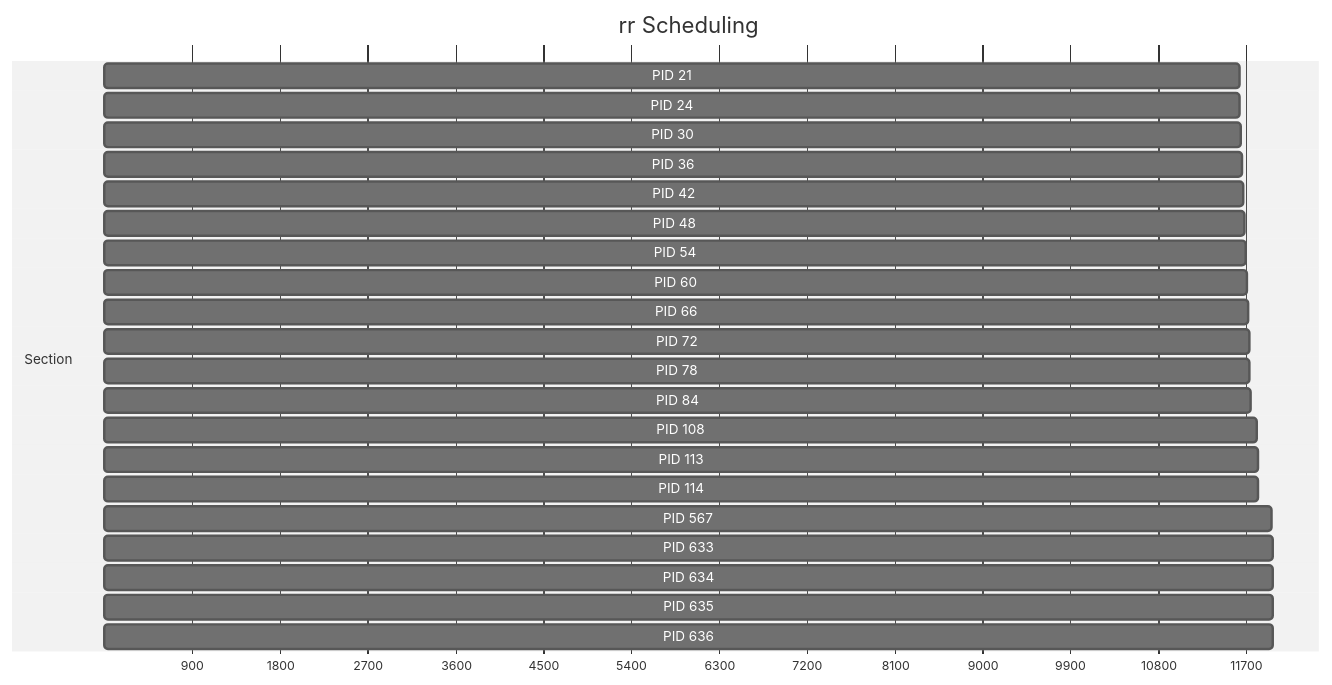
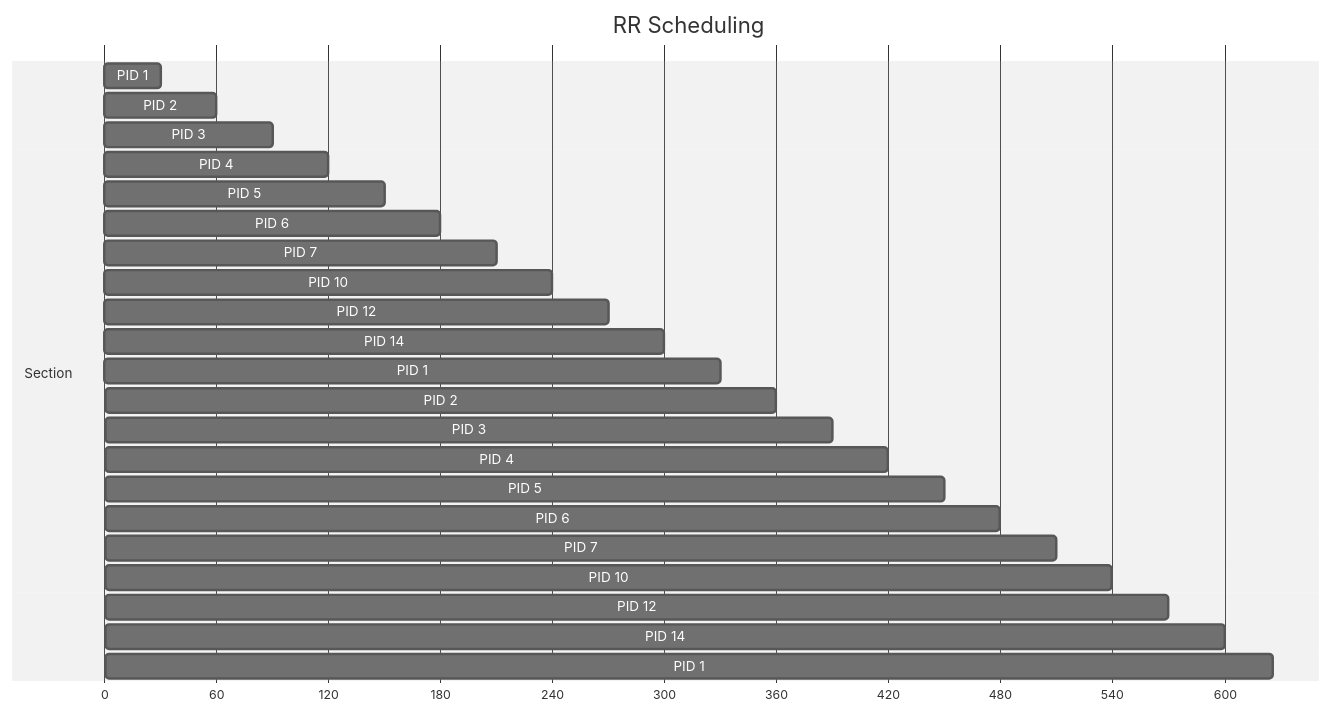
One commit to croko22/SO-Visualizador-de-Procesos changed the diagram in data/rr.mmd. Above: the diagram before and after it, drawn with Mermaid (neutral theme). The commit also changed 9 other files, not shown here.

```diff
--- a/data/rr.mmd
+++ b/data/rr.mmd
@@ -1,25 +1,26 @@
 gantt
-title rr Scheduling
+title RR Scheduling
 dateFormat  X
 axisFormat %s
 section Section
-PID 21 : 45, 11630
-PID 24 : 54, 11638
-PID 30 : 66, 11649
-PID 36 : 78, 11660
-PID 42 : 90, 11671
-PID 48 : 102, 11682
-PID 54 : 114, 11693
-PID 60 : 129, 11707
-PID 66 : 141, 11718
-PID 72 : 153, 11729
-PID 78 : 165, 11740
-PID 84 : 177, 11751
-PID 108 : 234, 11807
-PID 113 : 246, 11818
-PID 114 : 249, 11820
-PID 567 : 387, 11957
-PID 633 : 399, 11968
-PID 634 : 402, 11970
-PID 635 : 405, 11972
-PID 636 : 408, 11974
+PID 1 : 0, 30
+PID 2 : 30, 60
+PID 3 : 60, 90
+PID 4 : 90, 120
+PID 5 : 120, 150
+PID 6 : 150, 180
+PID 7 : 180, 210
+PID 10 : 210, 240
+PID 12 : 240, 270
+PID 14 : 270, 300
+PID 1 : 300, 330
+PID 2 : 330, 360
+PID 3 : 360, 390
+PID 4 : 390, 420
+PID 5 : 420, 450
+PID 6 : 450, 480
+PID 7 : 480, 510
+PID 10 : 510, 540
+PID 12 : 540, 570
+PID 14 : 570, 600
+PID 1 : 600, 626
```
